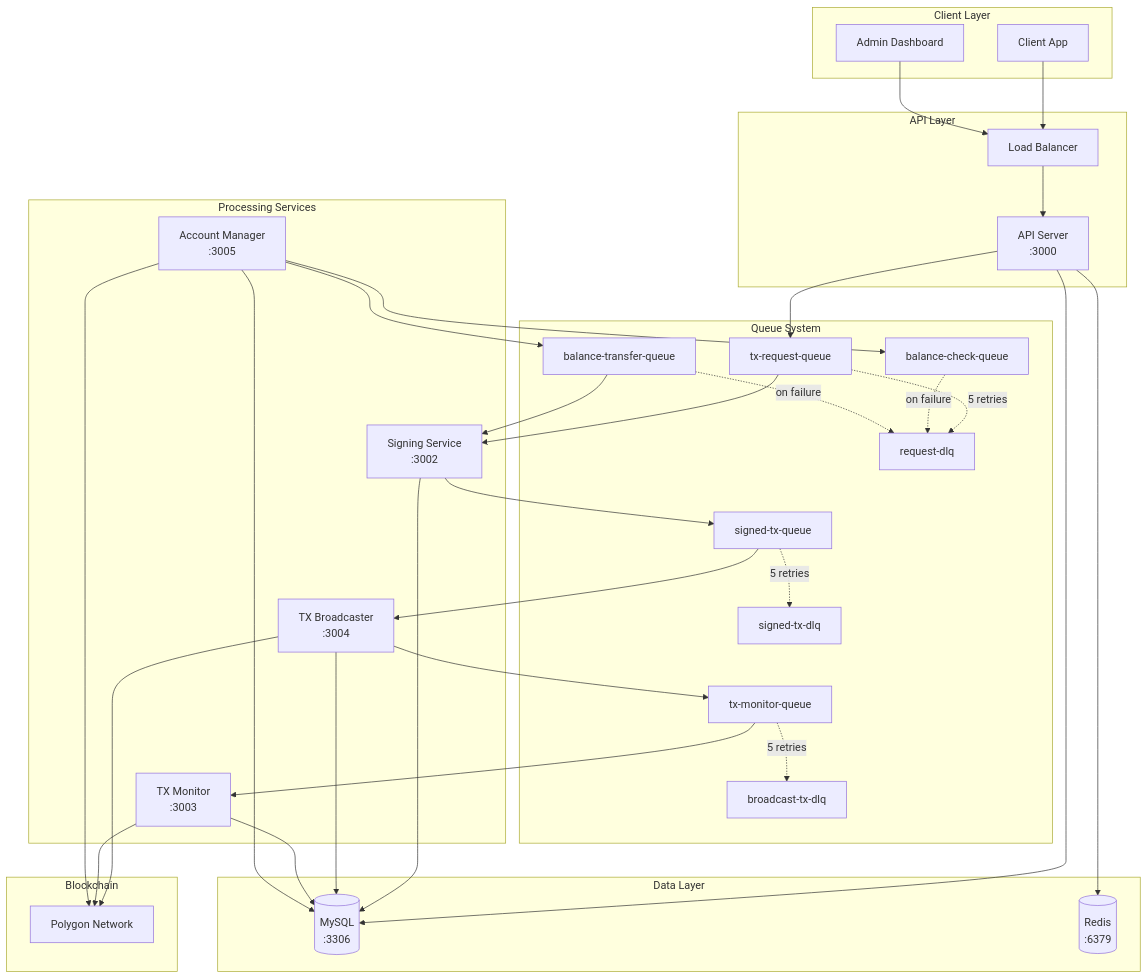
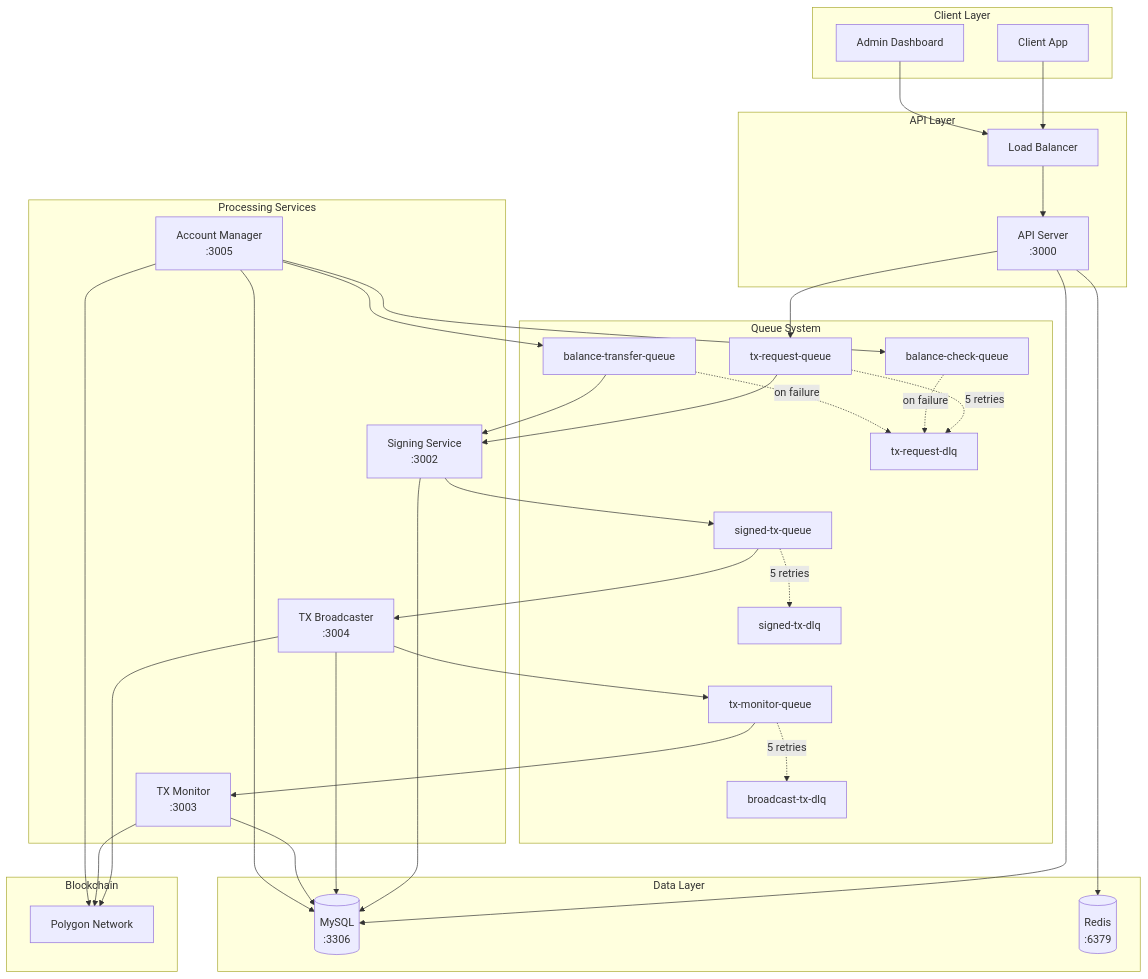
Before and after one commit to globalmsq/asset-withdrawal-monorepo: the diagram in README.md, drawn with Mermaid. The commit also changed 40 other files, not shown here.

First line of the commit message:
[BFS-6] refactor: comprehensive cleanup and schema optimization

````diff
--- a/README.md
+++ b/README.md
@@ -82,72 +82,72 @@
 ```mermaid
 graph TB
     subgraph "Client Layer"
         Client[Client App]
         Admin[Admin Dashboard]
     end
 
     subgraph "API Layer"
         ALB[Load Balancer]
         API[API Server<br/>:3000]
     end
 
     subgraph "Queue System"
         SQS1[tx-request-queue]
         SQS2[signed-tx-queue]
         SQS3[tx-monitor-queue]
         SQS4[balance-check-queue]
         SQS5[balance-transfer-queue]
-        DLQ1[request-dlq]
+        DLQ1[tx-request-dlq]
         DLQ2[signed-tx-dlq]
         DLQ3[broadcast-tx-dlq]
     end
 
     subgraph "Processing Services"
         Signer[Signing Service<br/>:3002]
         Broadcaster[TX Broadcaster<br/>:3004]
         Monitor[TX Monitor<br/>:3003]
         AcctMgr[Account Manager<br/>:3005]
     end
 
     subgraph "Data Layer"
         MySQL[(MySQL<br/>:3306)]
         Redis[(Redis<br/>:6379)]
     end
 
     subgraph "Blockchain"
         Polygon[Polygon Network]
     end
 
     Client --> ALB
     Admin --> ALB
     ALB --> API
 
     API --> SQS1
     API --> MySQL
     API --> Redis
 
     SQS1 --> Signer
     Signer --> SQS2
     Signer --> MySQL
 
     SQS2 --> Broadcaster
     Broadcaster --> Polygon
     Broadcaster --> SQS3
     Broadcaster --> MySQL
 
     SQS3 --> Monitor
     Monitor --> Polygon
     Monitor --> MySQL
 
     AcctMgr --> SQS4
     AcctMgr --> SQS5
     AcctMgr --> MySQL
     AcctMgr --> Polygon
     SQS5 --> Signer
 
     SQS1 -.->|5 retries| DLQ1
     SQS2 -.->|5 retries| DLQ2
     SQS3 -.->|5 retries| DLQ3
     SQS4 -.->|on failure| DLQ1
     SQS5 -.->|on failure| DLQ1
 ```
````
